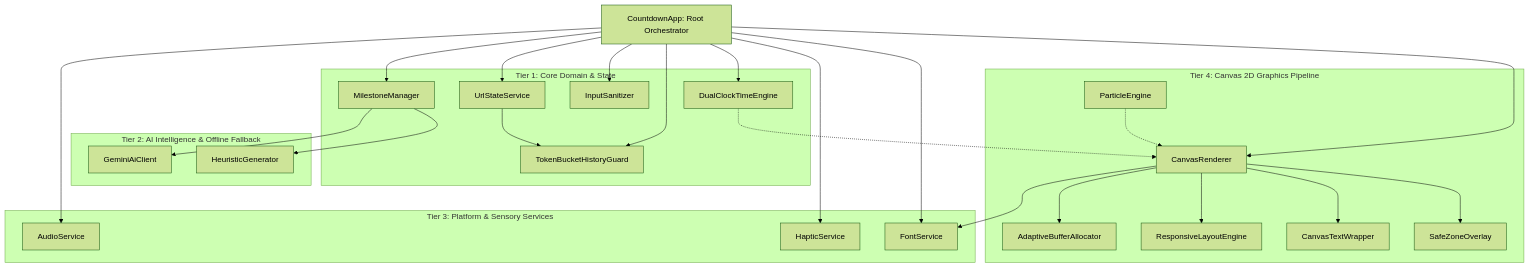
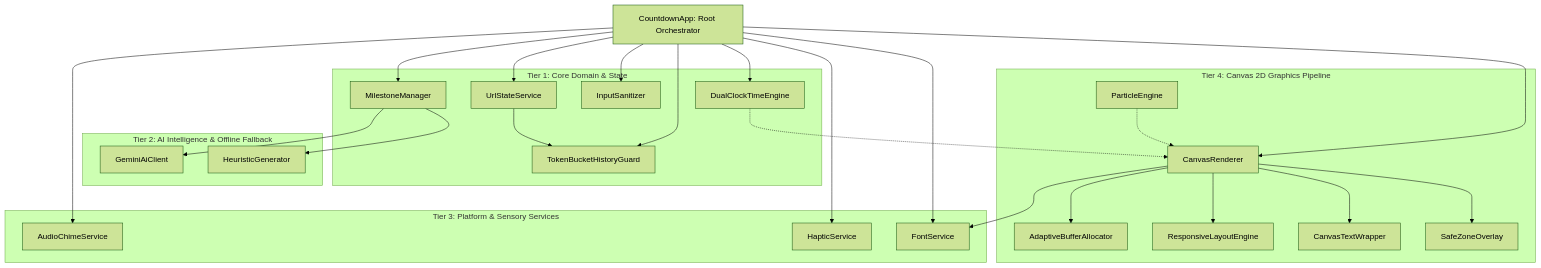
The second of 2 diagrams in docs/management/02-service-orchestration-dag.md (piyushmakhija28/countdown-lockscreen-challenge), drawn with Mermaid (forest theme) before and after one commit. The commit also changed 43 other files, not shown here.

Commit message:
docs(grand-prize): eliminate all 11 foundational architecture discrepancies, sync UML parity, and generate 13 Draw.io diagrams (v1.8.0) (#1)

````diff
--- a/docs/management/02-service-orchestration-dag.md
+++ b/docs/management/02-service-orchestration-dag.md
@@ -81,56 +81,56 @@
 ```mermaid
 graph TD
     App[CountdownApp: Root Orchestrator]
 
     subgraph CoreDomain [Tier 1: Core Domain & State]
         Time[DualClockTimeEngine]
         MM[MilestoneManager]
         Sanitizer[InputSanitizer]
         State[UrlStateService]
         Guard[TokenBucketHistoryGuard]
     end
 
     subgraph AIService [Tier 2: AI Intelligence & Offline Fallback]
         Gemini[GeminiAiClient]
         Heuristic[HeuristicGenerator]
     end
 
     subgraph PlatformServices [Tier 3: Platform & Sensory Services]
-        Audio[AudioService]
+        Audio[AudioChimeService]
         Haptic[HapticService]
         Font[FontService]
     end
 
     subgraph CanvasPipeline [Tier 4: Canvas 2D Graphics Pipeline]
         Alloc[AdaptiveBufferAllocator]
         Layout[ResponsiveLayoutEngine]
         Text[CanvasTextWrapper]
         Overlay[SafeZoneOverlay]
         Particles[ParticleEngine]
         Renderer[CanvasRenderer]
     end
 
     App --> Sanitizer
     App --> State
     App --> Guard
     App --> Time
     App --> MM
     App --> Audio
     App --> Haptic
     App --> Font
     App --> Renderer
 
     MM --> Gemini
     MM --> Heuristic
 
     State --> Guard
 
     Renderer --> Alloc
     Renderer --> Layout
     Renderer --> Text
     Renderer --> Overlay
     Renderer --> Font
 
     Time -.-> Renderer
     Particles -.-> Renderer
 ```
````
